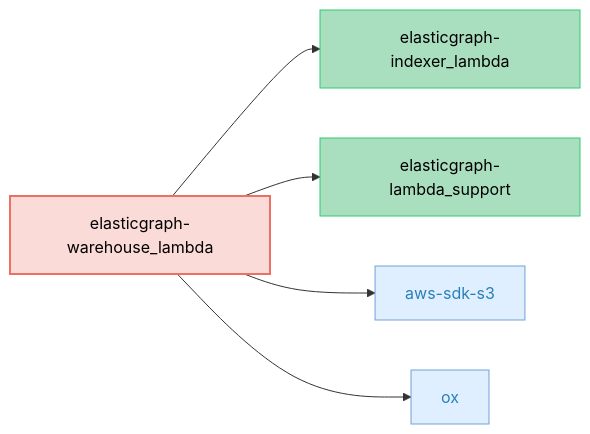
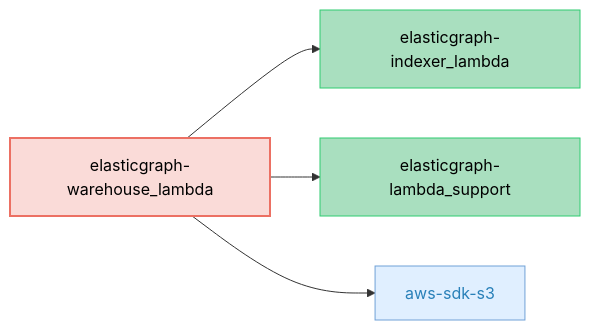
Before and after one commit to block/elasticgraph: the diagram in elasticgraph-warehouse_lambda/README.md, drawn with Mermaid. The commit also changed 8 other files, not shown here.

````diff
--- a/elasticgraph-warehouse_lambda/README.md
+++ b/elasticgraph-warehouse_lambda/README.md
@@ -15,22 +15,18 @@
 ```mermaid
 graph LR;
     classDef targetGemStyle fill:#FADBD8,stroke:#EC7063,color:#000,stroke-width:2px;
     classDef otherEgGemStyle fill:#A9DFBF,stroke:#2ECC71,color:#000;
     classDef externalGemStyle fill:#E0EFFF,stroke:#70A1D7,color:#2980B9;
     elasticgraph-warehouse_lambda["elasticgraph-warehouse_lambda"];
     class elasticgraph-warehouse_lambda targetGemStyle;
     elasticgraph-indexer_lambda["elasticgraph-indexer_lambda"];
     elasticgraph-warehouse_lambda --> elasticgraph-indexer_lambda;
     class elasticgraph-indexer_lambda otherEgGemStyle;
     elasticgraph-lambda_support["elasticgraph-lambda_support"];
     elasticgraph-warehouse_lambda --> elasticgraph-lambda_support;
     class elasticgraph-lambda_support otherEgGemStyle;
     aws-sdk-s3["aws-sdk-s3"];
     elasticgraph-warehouse_lambda --> aws-sdk-s3;
     class aws-sdk-s3 externalGemStyle;
-    ox["ox"];
-    elasticgraph-warehouse_lambda --> ox;
-    class ox externalGemStyle;
     click aws-sdk-s3 href "https://rubygems.org/gems/aws-sdk-s3" "Open on RubyGems.org" _blank;
-    click ox href "https://rubygems.org/gems/ox" "Open on RubyGems.org" _blank;
 ```
````
